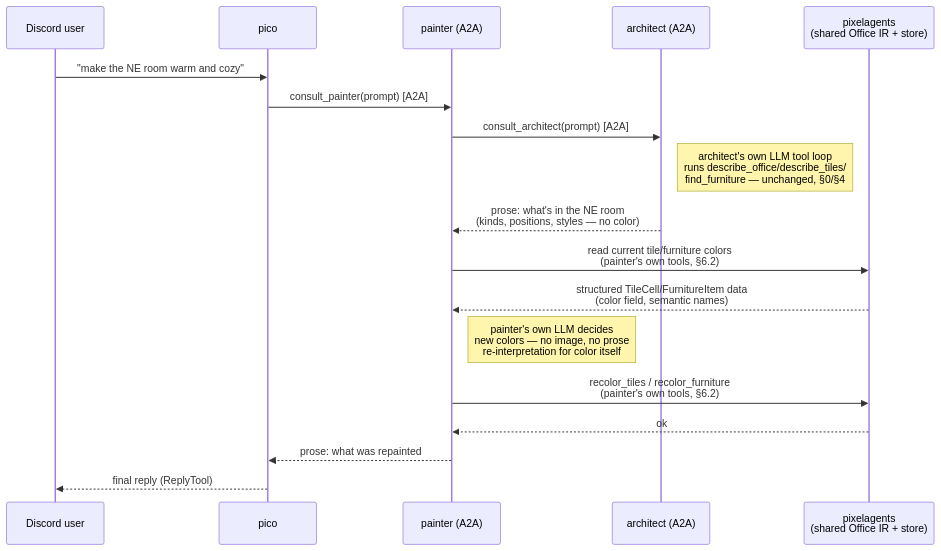
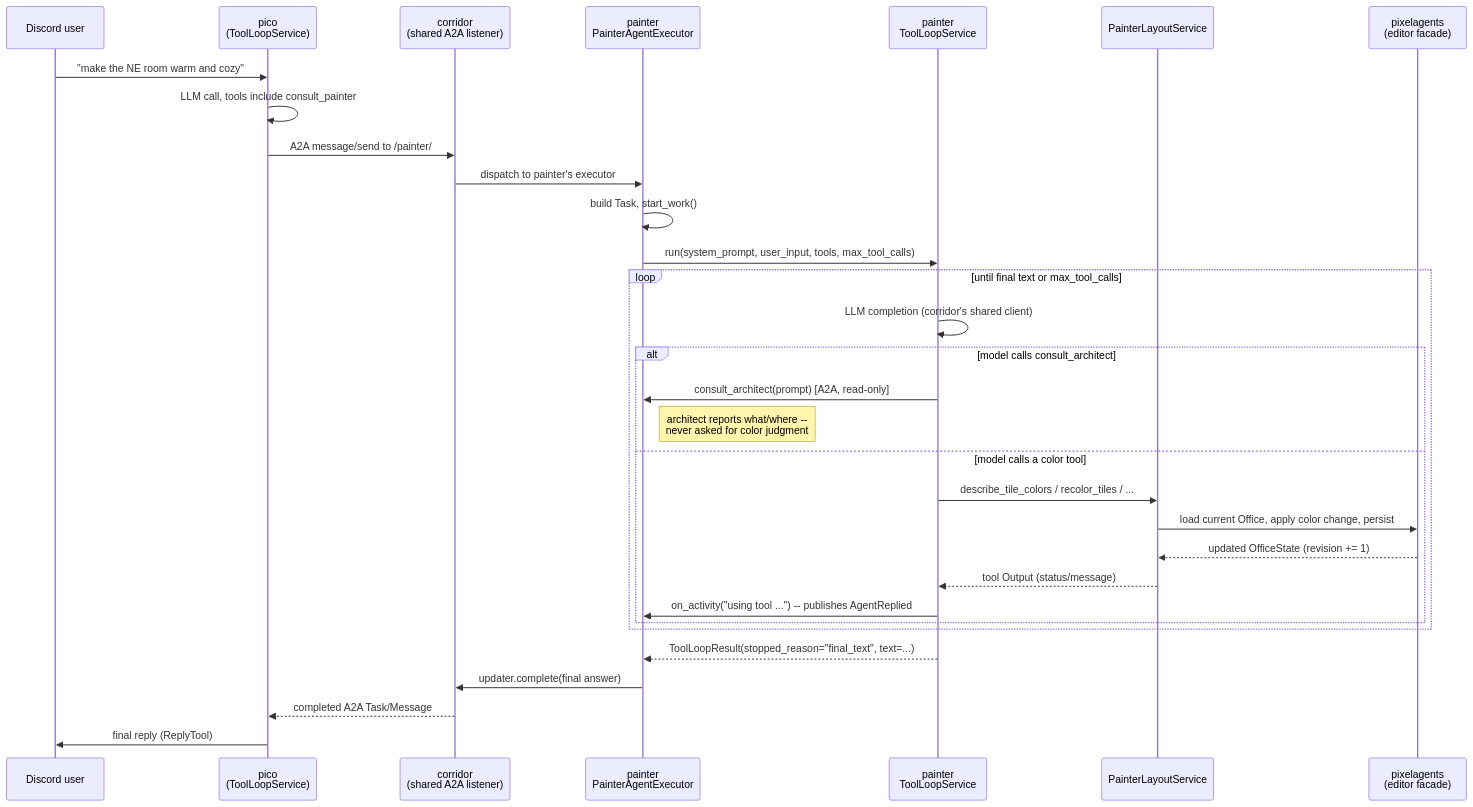
Before and after one commit to pixel-agents-hq/pixel-agents-cogs: the second of 4 diagrams in docs/painter-design.md, drawn with Mermaid. The commit also changed other lines of this file and 39 other files, not shown here.

````diff
--- a/docs/painter-design.md
+++ b/docs/painter-design.md
@@ -150,21 +151,34 @@
 ```mermaid
 sequenceDiagram
     participant User as Discord user
-    participant Pico as pico
-    participant Painter as painter (A2A)
-    participant Architect as architect (A2A)
-    participant PA as pixelagents<br/>(shared Office IR + store)
+    participant Pico as pico<br/>(ToolLoopService)
+    participant Corridor as corridor<br/>(shared A2A listener)
+    participant Exec as painter<br/>PainterAgentExecutor
+    participant TL as painter<br/>ToolLoopService
+    participant Service as PainterLayoutService
+    participant PA as pixelagents<br/>(editor facade)
 
     User->>Pico: "make the NE room warm and cozy"
-    Pico->>Painter: consult_painter(prompt) [A2A]
-    Painter->>Architect: consult_architect(prompt) [A2A]
-    Note right of Architect: architect's own LLM tool loop<br/>runs describe_office/describe_tiles/<br/>find_furniture — unchanged, §0/§4
-    Architect-->>Painter: prose: what's in the NE room<br/>(kinds, positions, styles — no color)
-    Painter->>PA: read current tile/furniture colors<br/>(painter's own tools, §6.2)
-    PA-->>Painter: structured TileCell/FurnitureItem data<br/>(color field, semantic names)
-    Note right of Painter: painter's own LLM decides<br/>new colors — no image, no prose<br/>re-interpretation for color itself
-    Painter->>PA: recolor_tiles / recolor_furniture<br/>(painter's own tools, §6.2)
-    PA-->>Painter: ok
-    Painter-->>Pico: prose: what was repainted
-    Pico-->>User: final reply (ReplyTool)
+    Pico->>Pico: LLM call, tools include consult_painter
+    Pico->>Corridor: A2A message/send to /painter/
+    Corridor->>Exec: dispatch to painter's executor
+    Exec->>Exec: build Task, start_work()
+    Exec->>TL: run(system_prompt, user_input, tools, max_tool_calls)
+    loop until final text or max_tool_calls
+        TL->>TL: LLM completion (corridor's shared client)
+        alt model calls consult_architect
+            TL->>Exec: consult_architect(prompt) [A2A, read-only]
+            Note right of Exec: architect reports what/where --<br/>never asked for color judgment
+        else model calls a color tool
+            TL->>Service: describe_tile_colors / recolor_tiles / ...
+            Service->>PA: load current Office, apply color change, persist
+            PA-->>Service: updated OfficeState (revision += 1)
+            Service-->>TL: tool Output (status/message)
+            TL->>Exec: on_activity("using tool ...") -- publishes AgentReplied
+        end
+    end
+    TL-->>Exec: ToolLoopResult(stopped_reason="final_text", text=...)
+    Exec->>Corridor: updater.complete(final answer)
+    Corridor-->>Pico: completed A2A Task/Message
+    Pico->>User: final reply (ReplyTool)
 ```
````
